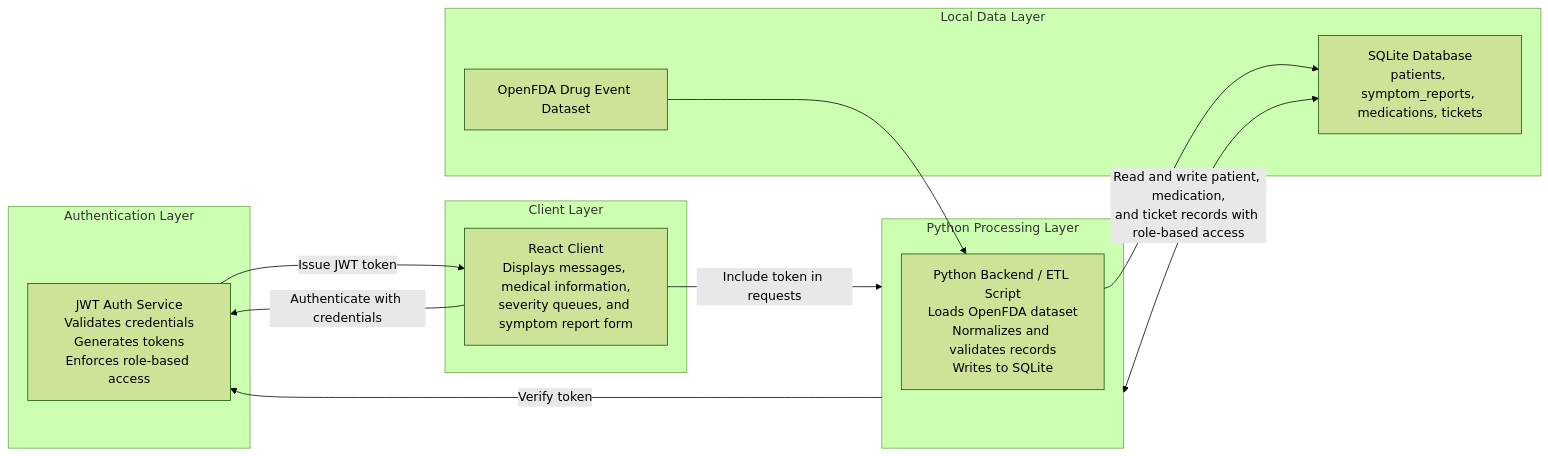
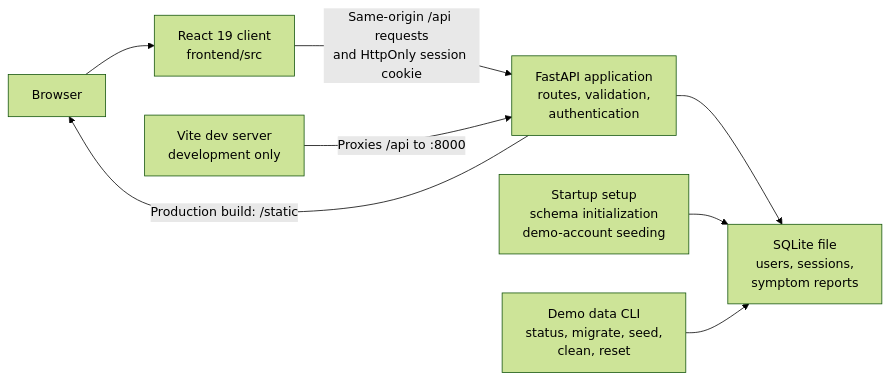
Before and after one commit to bodonnell-DePaul/csc394-5: the diagram in week3-api-documentation/02-architecture.md, drawn with Mermaid (forest theme). The commit also changed other lines of this file and 6 other files, not shown here.

````diff
--- a/week3-api-documentation/02-architecture.md
+++ b/week3-api-documentation/02-architecture.md
@@ -5,27 +10,18 @@
 ```mermaid
 flowchart LR
-    subgraph Auth["Authentication Layer"]
-        AuthService["JWT Auth Service<br/>Validates credentials<br/>Generates tokens<br/>Enforces role-based access"]
-    end
+    Browser["Browser"]
+    React["React 19 client<br/>frontend/src"]
+    Vite["Vite dev server<br/>development only"]
+    API["FastAPI application<br/>routes, validation,<br/>authentication"]
+    SQLite["SQLite file<br/>users, sessions,<br/>symptom reports"]
+    Seed["Startup setup<br/>schema initialization<br/>demo-account seeding"]
+    Tools["Demo data CLI<br/>status, migrate, seed,<br/>clean, reset"]
 
-    subgraph Client["Client Layer"]
-        UI["React Client<br/>Displays messages, medical information,<br/>severity queues, and symptom report form"]
-    end
-
-    subgraph Backend["Python Processing Layer"]
-        PY["Python Backend / ETL Script<br/>Loads OpenFDA dataset<br/>Normalizes and validates records<br/>Writes to SQLite"]
-    end
-
-    subgraph Data["Local Data Layer"]
-        Dataset["OpenFDA Drug Event Dataset"]
-        SQLite["SQLite Database<br/>patients, symptom_reports, medications, tickets"]
-    end
-
-    UI -->|"Authenticate with credentials"| AuthService
-    AuthService -->|"Issue JWT token"| UI
-    UI -->|"Include token in requests"| Backend
-    Backend -->|"Verify token"| AuthService
-    Dataset --> PY
-    PY --> SQLite
-    Backend <-->|"Read and write patient, medication,<br/>and ticket records with role-based access"| SQLite
+    Browser --> React
+    React -->|"Same-origin /api requests<br/>and HttpOnly session cookie"| API
+    Vite -->|"Proxies /api to :8000"| API
+    API --> SQLite
+    Seed --> SQLite
+    Tools --> SQLite
+    API -->|"Production build: /static"| Browser
 ```
````
